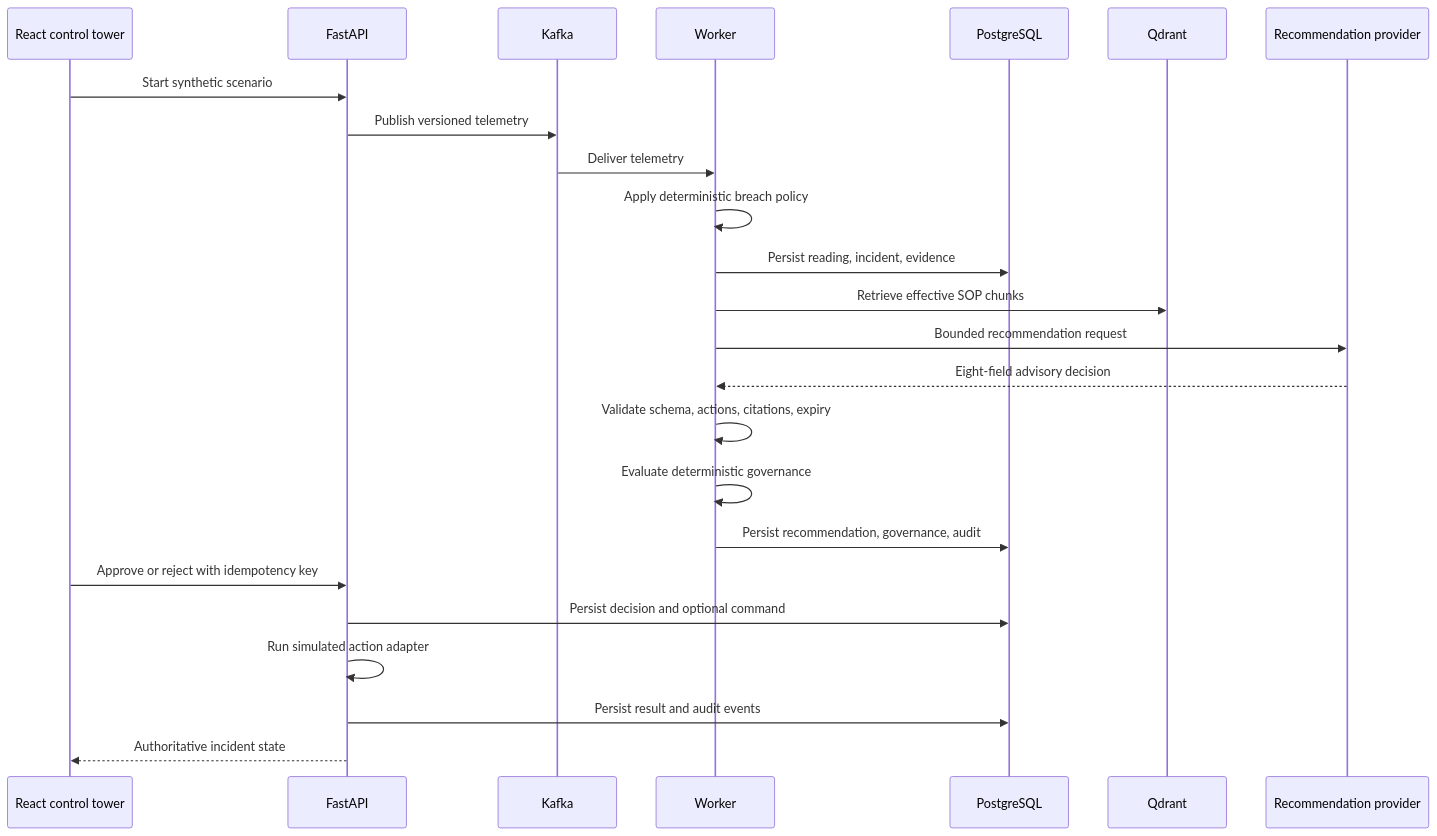
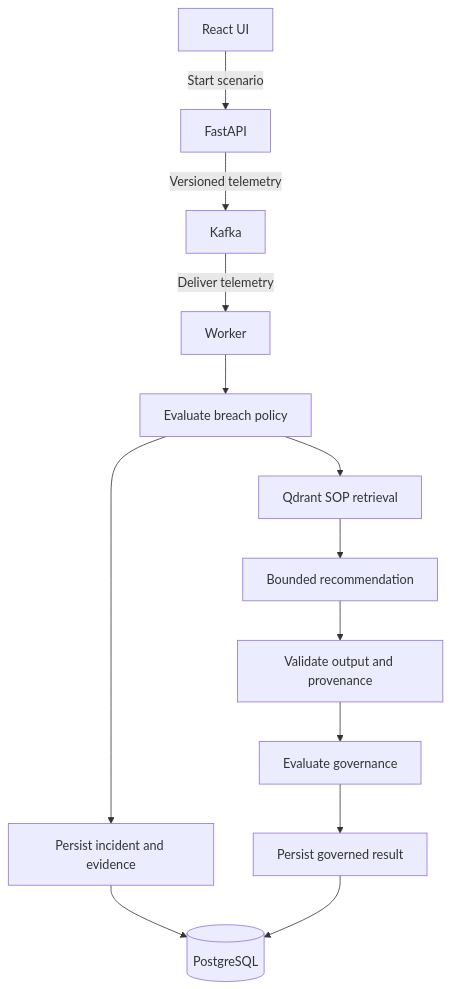
The second of 3 diagrams in docs/architecture/target-architecture.md (sa-rehman1/coldchain-sentinel), drawn with Mermaid before and after one commit. The commit also changed other lines of this file and 1 other file, not shown here.

Commit message:
docs: improve architecture readability

````diff
--- a/docs/architecture/target-architecture.md
+++ b/docs/architecture/target-architecture.md
@@ -26,27 +30,15 @@
 ```mermaid
-sequenceDiagram
-    participant UI as React control tower
-    participant API as FastAPI
-    participant K as Kafka
-    participant W as Worker
-    participant DB as PostgreSQL
-    participant Q as Qdrant
-    participant P as Recommendation provider
-
-    UI->>API: Start synthetic scenario
-    API->>K: Publish versioned telemetry
-    K->>W: Deliver telemetry
-    W->>W: Apply deterministic breach policy
-    W->>DB: Persist reading, incident, evidence
-    W->>Q: Retrieve effective SOP chunks
-    W->>P: Bounded recommendation request
-    P-->>W: Eight-field advisory decision
-    W->>W: Validate schema, actions, citations, expiry
-    W->>W: Evaluate deterministic governance
-    W->>DB: Persist recommendation, governance, audit
-    UI->>API: Approve or reject with idempotency key
-    API->>DB: Persist decision and optional command
-    API->>API: Run simulated action adapter
-    API->>DB: Persist result and audit events
-    API-->>UI: Authoritative incident state
+flowchart TD
+    UI[React UI] -->|Start scenario| API[FastAPI]
+    API -->|Versioned telemetry| K[Kafka]
+    K -->|Deliver telemetry| W[Worker]
+    W --> B[Evaluate breach policy]
+    B --> E[Persist incident and evidence]
+    E --> DB[(PostgreSQL)]
+    B --> Q[Qdrant SOP retrieval]
+    Q --> R[Bounded recommendation]
+    R --> V[Validate output and provenance]
+    V --> G[Evaluate governance]
+    G --> P[Persist governed result]
+    P --> DB
 ```
````
